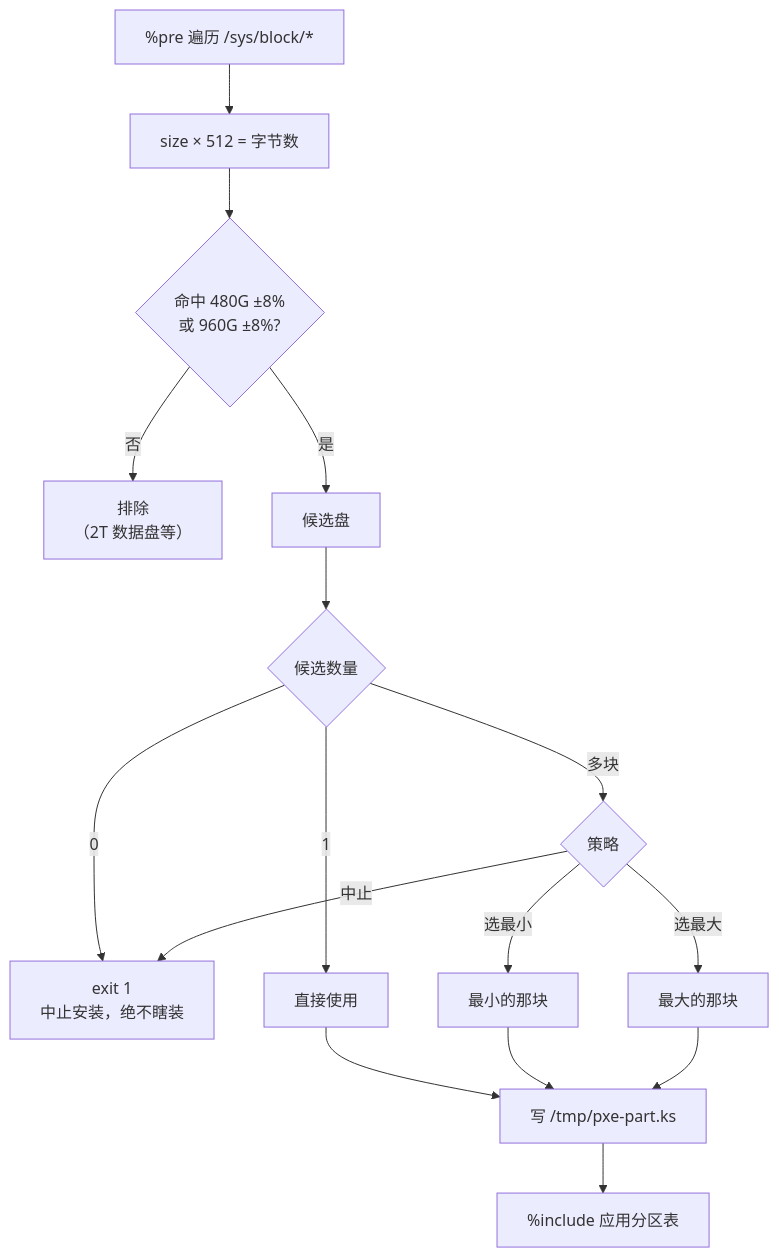
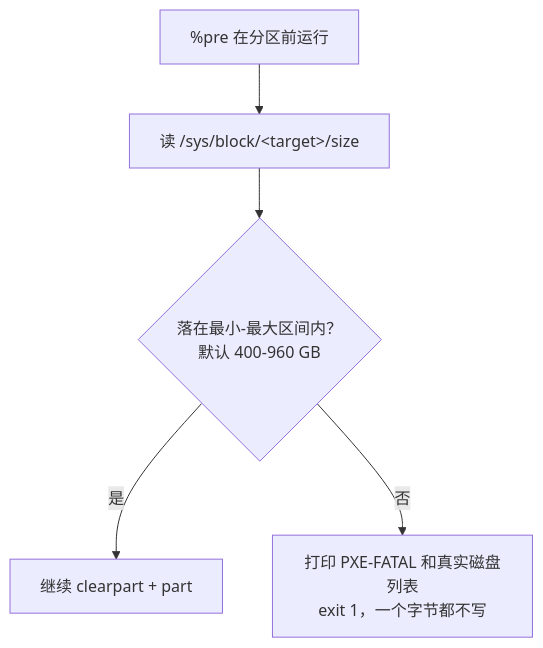
The third of 3 diagrams in README.zh-CN.md (Qeao-zl/pxe), drawn with Mermaid before and after one commit. The commit also changed other lines of this file and 1 other file, not shown here.

````diff
--- a/README.zh-CN.md
+++ b/README.zh-CN.md
@@ -198,18 +256,7 @@
 ```mermaid
 flowchart TD
-    A["%pre 遍历 /sys/block/*"] --> B["size × 512 = 字节数"]
-    B --> C{"命中 480G ±8%<br/>或 960G ±8%?"}
-    C -- 否 --> D["排除<br/>（2T 数据盘等）"]
-    C -- 是 --> E["候选盘"]
-    E --> F{"候选数量"}
-    F -- 0 --> X["exit 1<br/>中止安装，绝不瞎装"]
-    F -- 1 --> G["直接使用"]
-    F -- 多块 --> H{"策略"}
-    H -- 中止 --> X
-    H -- 选最小 --> I["最小的那块"]
-    H -- 选最大 --> J["最大的那块"]
-    G --> K["写 /tmp/pxe-part.ks"]
-    I --> K
-    J --> K
-    K --> L["%include 应用分区表"]
+    A["%pre 在分区前运行"] --> B["读 /sys/block/&lt;target&gt;/size"]
+    B --> C{"落在最小-最大区间内？<br/>默认 400-960 GB"}
+    C -- 是 --> D["继续 clearpart + part"]
+    C -- 否 --> E["打印 PXE-FATAL 和真实磁盘列表<br/>exit 1，一个字节都不写"]
 ```
````
